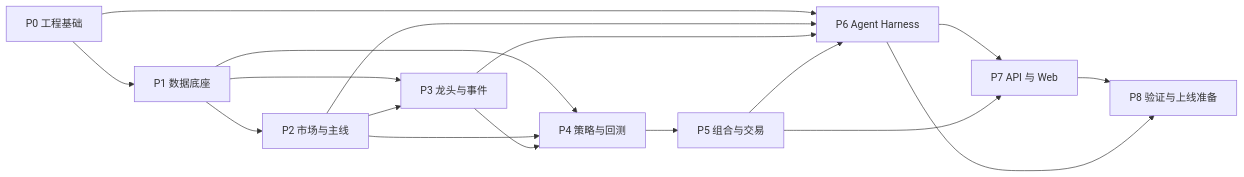
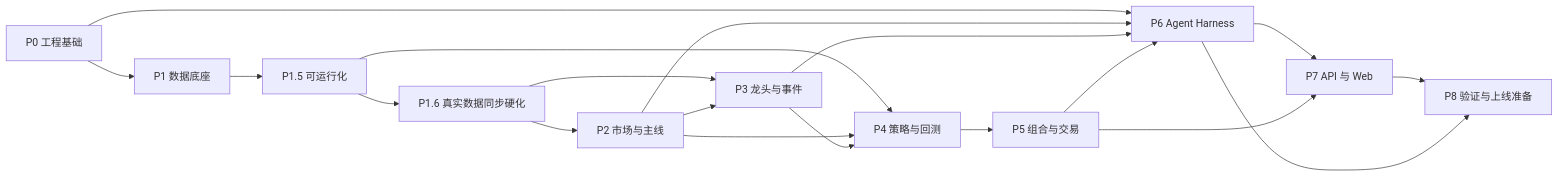
One commit to wx1127/Quant-Agent changed the diagram in docs/04-project-progress.md. Above: the diagram before and after it, drawn with Mermaid. The commit also changed other lines of this file and 157 other files, not shown here.

````diff
--- a/docs/04-project-progress.md
+++ b/docs/04-project-progress.md
@@ -163,19 +165,21 @@
 ```mermaid
 flowchart LR
     P0["P0 工程基础"] --> P1["P1 数据底座"]
-    P1 --> P2["P2 市场与主线"]
-    P1 --> P3["P3 龙头与事件"]
+    P1 --> P15["P1.5 可运行化"]
+    P15 --> P16["P1.6 真实数据同步硬化"]
+    P16 --> P2["P2 市场与主线"]
+    P16 --> P3["P3 龙头与事件"]
     P2 --> P3
-    P1 --> P4["P4 策略与回测"]
+    P15 --> P4["P4 策略与回测"]
     P2 --> P4
     P3 --> P4
     P4 --> P5["P5 组合与交易"]
     P0 --> P6["P6 Agent Harness"]
     P2 --> P6
     P3 --> P6
     P5 --> P6
     P6 --> P7["P7 API 与 Web"]
     P5 --> P7
     P7 --> P8["P8 验证与上线准备"]
     P6 --> P8
 ```
````
